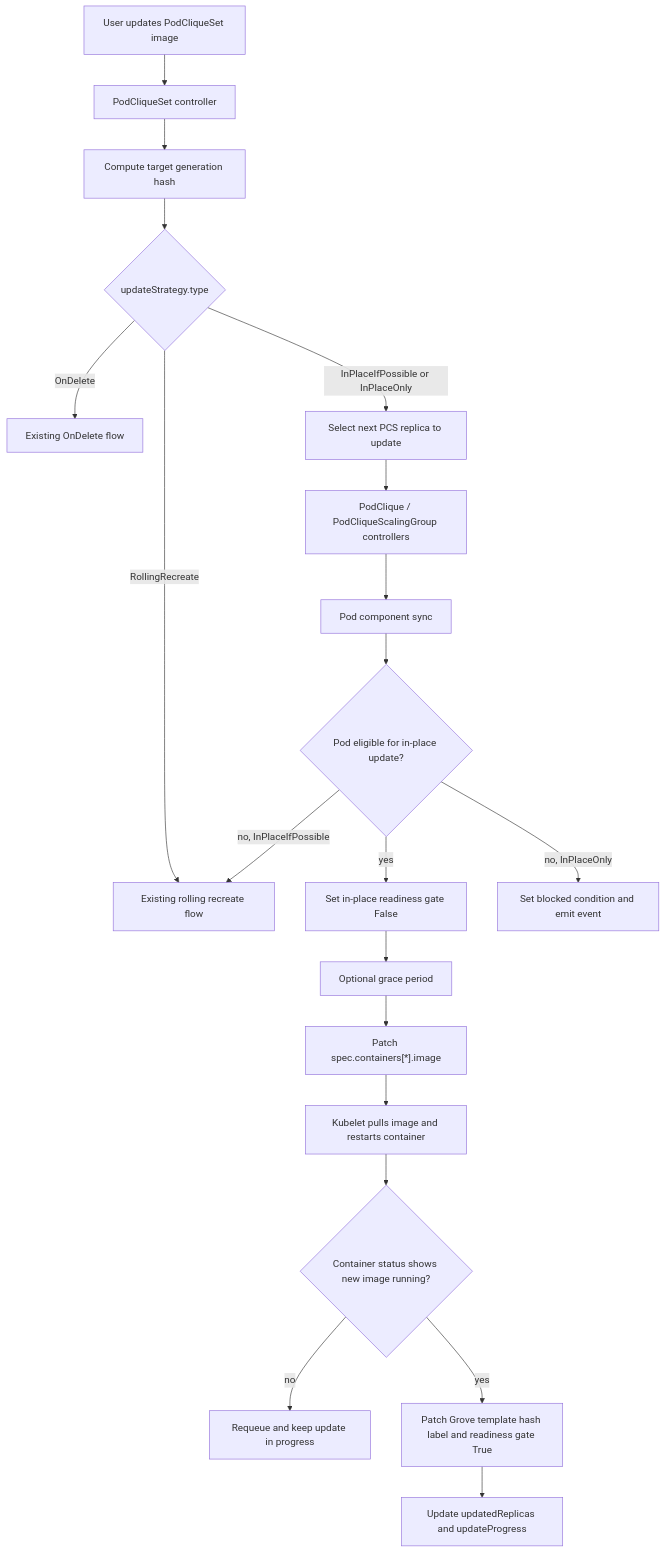
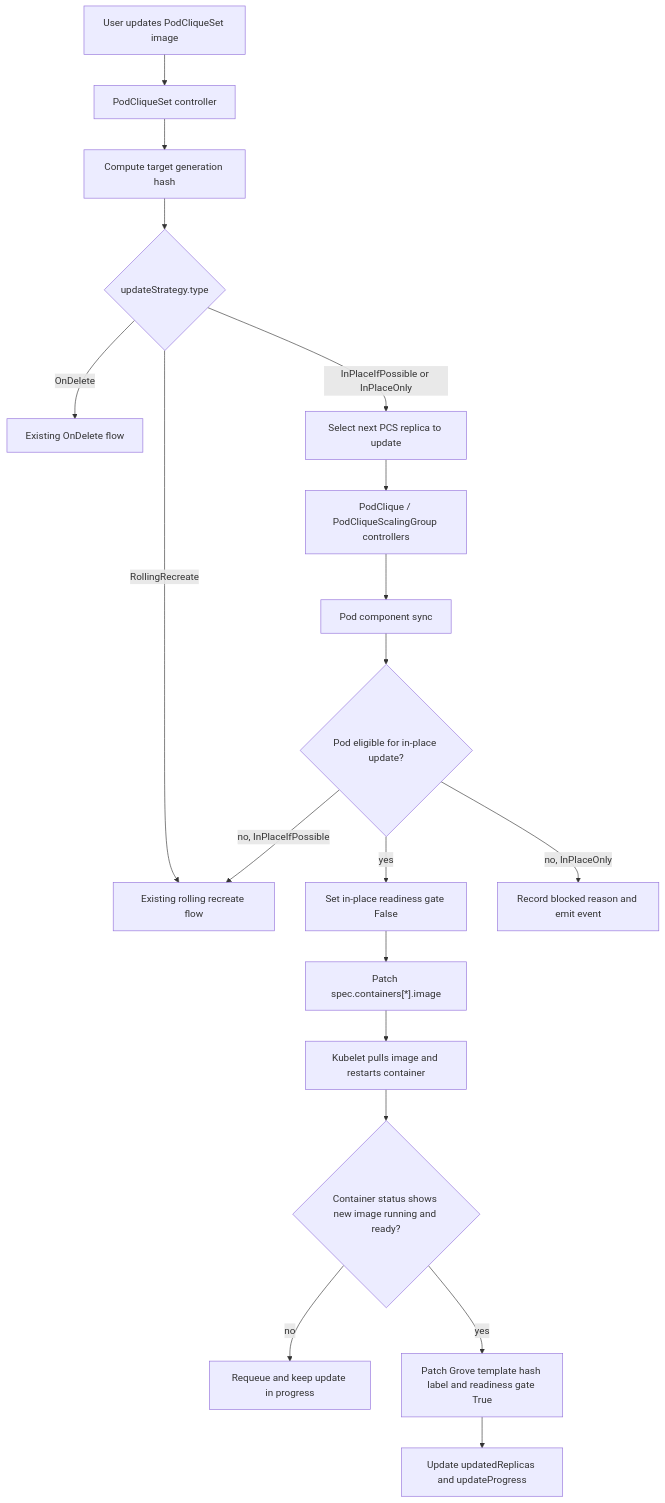
One commit to ai-dynamo/grove changed the diagram in docs/proposals/292-in-place-pod-image-update/README.md. Above: the diagram before and after it, drawn with Mermaid. The commit also changed other lines of this file, not shown here.

Commit message:
Refine in-place update GREP scope

````diff
--- a/docs/proposals/292-in-place-pod-image-update/README.md
+++ b/docs/proposals/292-in-place-pod-image-update/README.md
@@ -217,22 +156,21 @@
 ```mermaid
 flowchart TD
     User["User updates PodCliqueSet image"] --> PCS["PodCliqueSet controller"]
     PCS --> Hash["Compute target generation hash"]
     Hash --> Strategy{"updateStrategy.type"}
     Strategy -->|RollingRecreate| ExistingRR["Existing rolling recreate flow"]
     Strategy -->|OnDelete| ExistingOD["Existing OnDelete flow"]
     Strategy -->|InPlaceIfPossible or InPlaceOnly| Select["Select next PCS replica to update"]
     Select --> Child["PodClique / PodCliqueScalingGroup controllers"]
     Child --> PodCtl["Pod component sync"]
     PodCtl --> Diff{"Pod eligible for in-place update?"}
     Diff -->|yes| NotReady["Set in-place readiness gate False"]
-    NotReady --> Grace["Optional grace period"]
-    Grace --> Patch["Patch spec.containers[*].image"]
+    NotReady --> Patch["Patch spec.containers[*].image"]
     Patch --> Kubelet["Kubelet pulls image and restarts container"]
-    Kubelet --> Complete{"Container status shows new image running?"}
+    Kubelet --> Complete{"Container status shows new image running and ready?"}
     Complete -->|no| Wait["Requeue and keep update in progress"]
     Complete -->|yes| Mark["Patch Grove template hash label and readiness gate True"]
     Mark --> Status["Update updatedReplicas and updateProgress"]
     Diff -->|no, InPlaceIfPossible| ExistingRR
-    Diff -->|no, InPlaceOnly| Blocked["Set blocked condition and emit event"]
+    Diff -->|no, InPlaceOnly| Blocked["Record blocked reason and emit event"]
 ```
````
